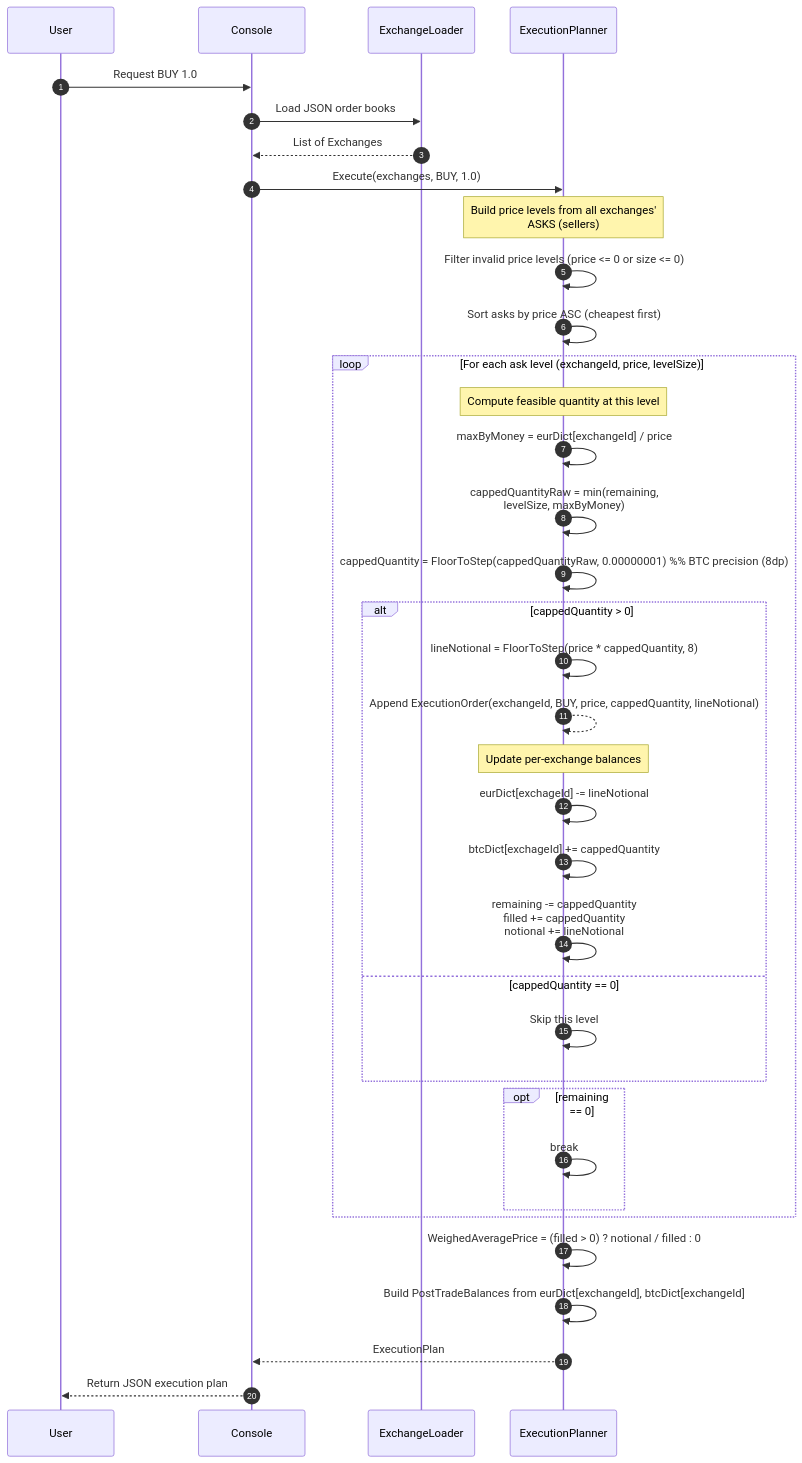
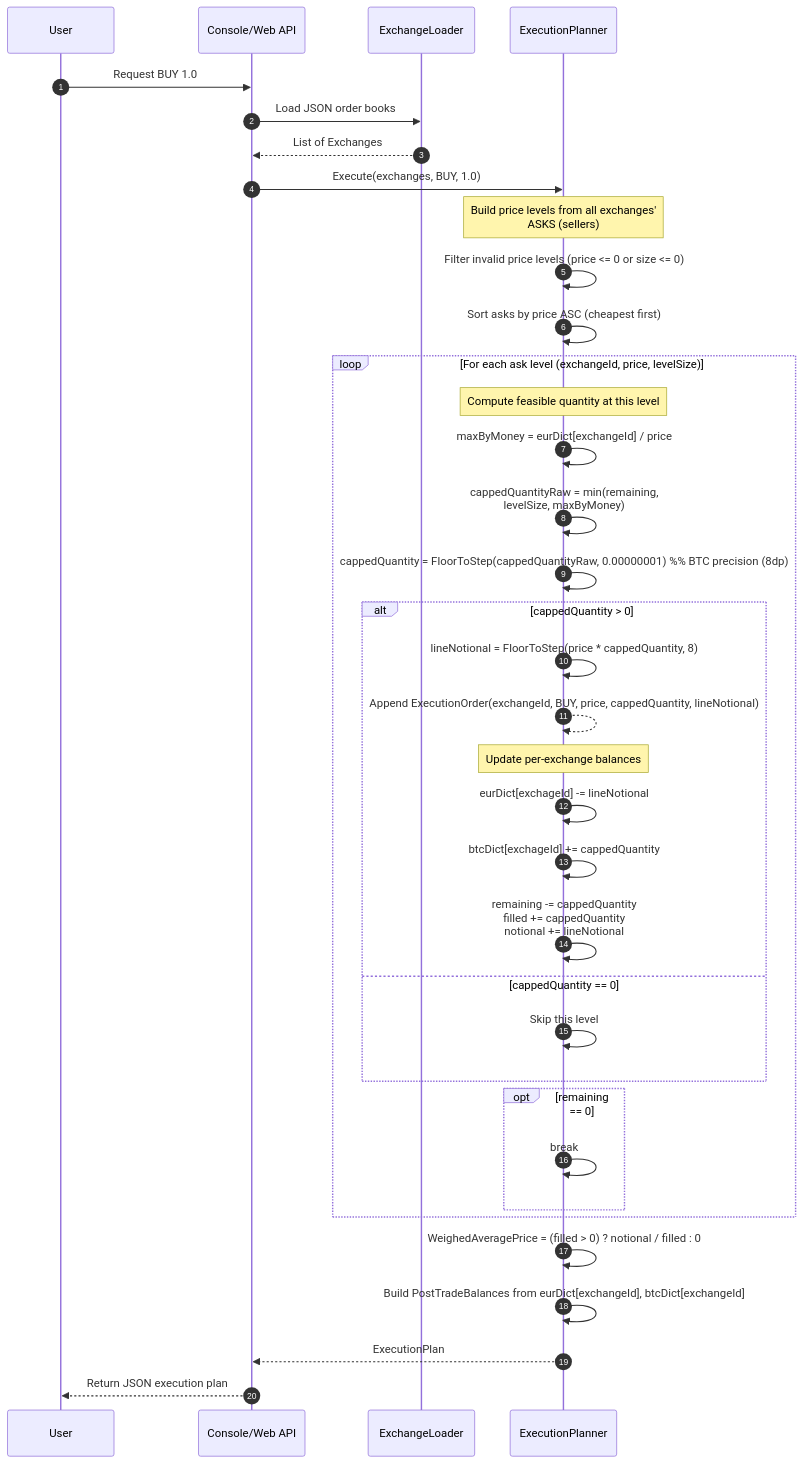
The second of 4 diagrams in README.md (handyana-adesso/MetaExchanges), drawn with Mermaid before and after one commit. The commit also changed other lines of this file, not shown here.

````diff
--- a/README.md
+++ b/README.md
@@ -113,44 +223,44 @@
 	```mermaid
 	sequenceDiagram
 		autonumber
 		participant User
-		participant Client as Console
+		participant Client as Console/Web API
 		participant Loader as ExchangeLoader
 		participant Planner as ExecutionPlanner
  
 		User->>Client: Request BUY 1.0
 		Client->>Loader: Load JSON order books
 		Loader-->>Client: List of Exchanges
 		Client->>Planner: Execute(exchanges, BUY, 1.0)
 
 		Note over Planner: Build price levels from all exchanges' <br/>ASKS (sellers)
 		Planner->>Planner: Filter invalid price levels (price <= 0 or size <= 0)
 		Planner->>Planner: Sort asks by price ASC (cheapest first)
  
 		loop For each ask level (exchangeId, price, levelSize)
 			Note over Planner: Compute feasible quantity at this level
 			Planner->>Planner: maxByMoney = eurDict[exchangeId] / price
 			Planner->>Planner: cappedQuantityRaw = min(remaining, <br/>levelSize, maxByMoney)
 			Planner->>Planner: cappedQuantity = FloorToStep(cappedQuantityRaw, 0.00000001) %% BTC precision (8dp)
  
 			alt cappedQuantity > 0
 				Planner->>Planner: lineNotional = FloorToStep(price * cappedQuantity, 8)
 				Planner-->>Planner: Append ExecutionOrder(exchangeId, BUY, price, cappedQuantity, lineNotional)
 				Note over Planner: Update per-exchange balances
 				Planner->>Planner: eurDict[exchageId] -= lineNotional
 				Planner->>Planner: btcDict[exchageId] += cappedQuantity
 				Planner->>Planner: remaining -= cappedQuantity<br/>filled += cappedQuantity<br/>notional += lineNotional
 			else cappedQuantity == 0
 				Planner->>Planner: Skip this level
 			end
  
 			opt remaining == 0
 				Planner->>Planner: break
 			end
 		end
 
 		Planner->>Planner: WeighedAveragePrice = (filled > 0) ? notional / filled : 0
 		Planner->>Planner: Build PostTradeBalances from eurDict[exchangeId], btcDict[exchangeId]
 		Planner-->>Client: ExecutionPlan
 		Client-->>User: Return JSON execution plan
 	```
````
